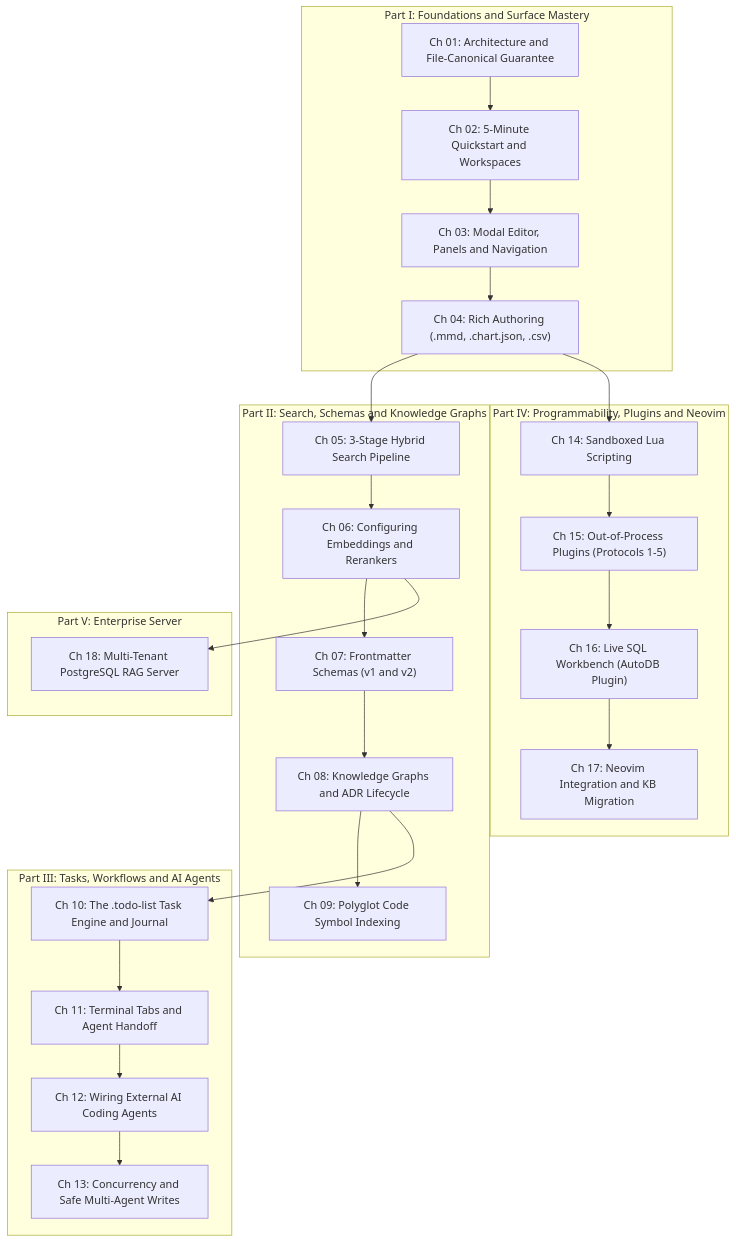
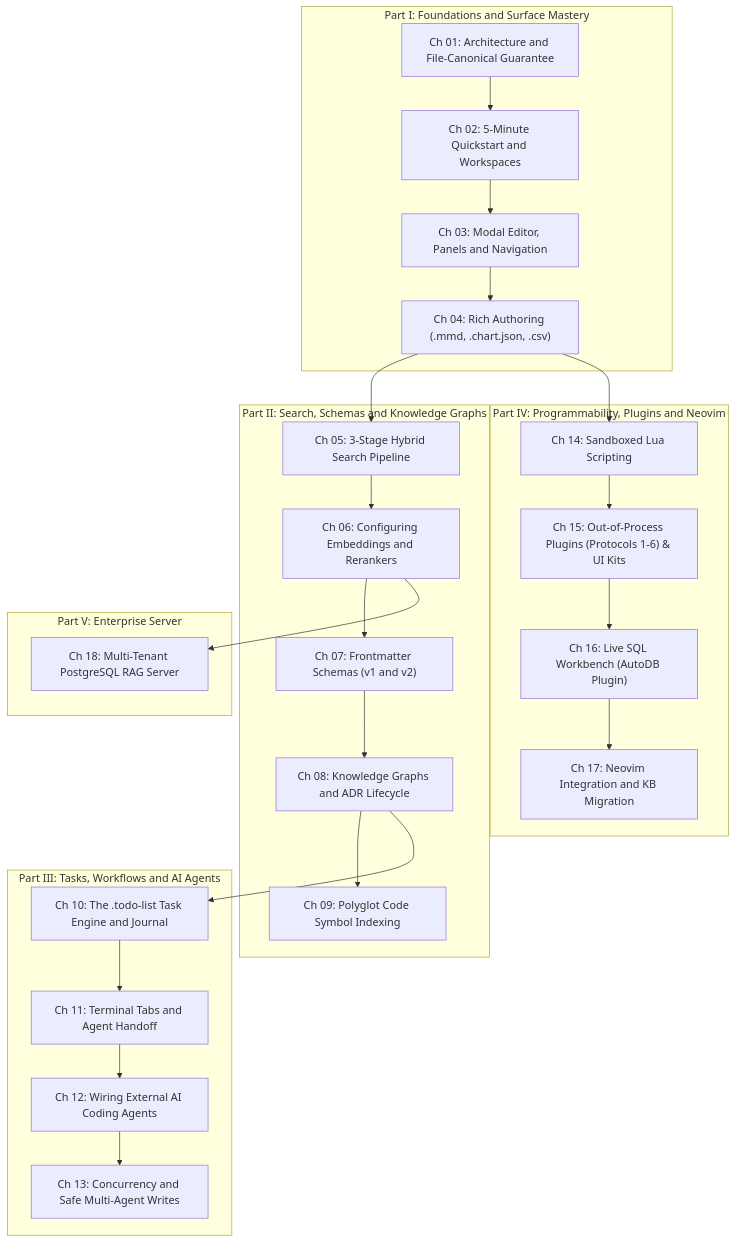
The diagram in docs/tutorials/README/book-learning-path.mmd (yongjohnlee80/autodoc), drawn with Mermaid before and after one commit. The commit also changed 7 other files, not shown here.

```diff
--- a/docs/tutorials/README/book-learning-path.mmd
+++ b/docs/tutorials/README/book-learning-path.mmd
@@ -1,42 +1,42 @@
 flowchart TD
   subgraph P1["Part I: Foundations and Surface Mastery"]
     C01["Ch 01: Architecture and File-Canonical Guarantee"]
     C02["Ch 02: 5-Minute Quickstart and Workspaces"]
     C03["Ch 03: Modal Editor, Panels and Navigation"]
     C04["Ch 04: Rich Authoring (.mmd, .chart.json, .csv)"]
     C01 --> C02 --> C03 --> C04
   end
 
   subgraph P2["Part II: Search, Schemas and Knowledge Graphs"]
     C05["Ch 05: 3-Stage Hybrid Search Pipeline"]
     C06["Ch 06: Configuring Embeddings and Rerankers"]
     C07["Ch 07: Frontmatter Schemas (v1 and v2)"]
     C08["Ch 08: Knowledge Graphs and ADR Lifecycle"]
     C09["Ch 09: Polyglot Code Symbol Indexing"]
     C05 --> C06 --> C07 --> C08 --> C09
   end
 
   subgraph P3["Part III: Tasks, Workflows and AI Agents"]
     C10["Ch 10: The .todo-list Task Engine and Journal"]
     C11["Ch 11: Terminal Tabs and Agent Handoff"]
     C12["Ch 12: Wiring External AI Coding Agents"]
     C13["Ch 13: Concurrency and Safe Multi-Agent Writes"]
     C10 --> C11 --> C12 --> C13
   end
 
   subgraph P4["Part IV: Programmability, Plugins and Neovim"]
     C14["Ch 14: Sandboxed Lua Scripting"]
-    C15["Ch 15: Out-of-Process Plugins (Protocols 1-5)"]
+    C15["Ch 15: Out-of-Process Plugins (Protocols 1-6) & UI Kits"]
     C16["Ch 16: Live SQL Workbench (AutoDB Plugin)"]
     C17["Ch 17: Neovim Integration and KB Migration"]
     C14 --> C15 --> C16 --> C17
   end
 
   subgraph P5["Part V: Enterprise Server"]
     C18["Ch 18: Multi-Tenant PostgreSQL RAG Server"]
   end
 
   C04 --> C05
   C08 --> C10
   C04 --> C14
   C06 --> C18
```
